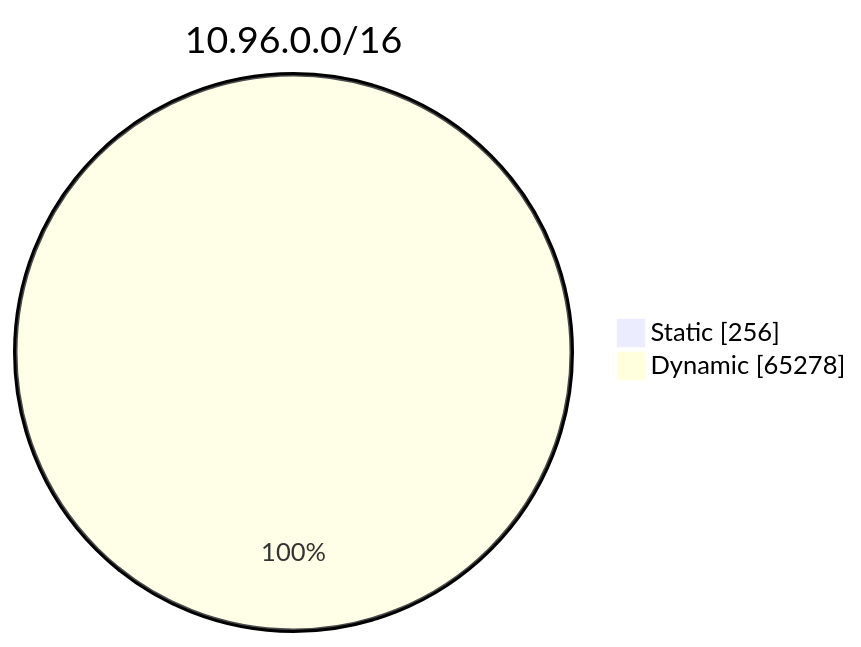
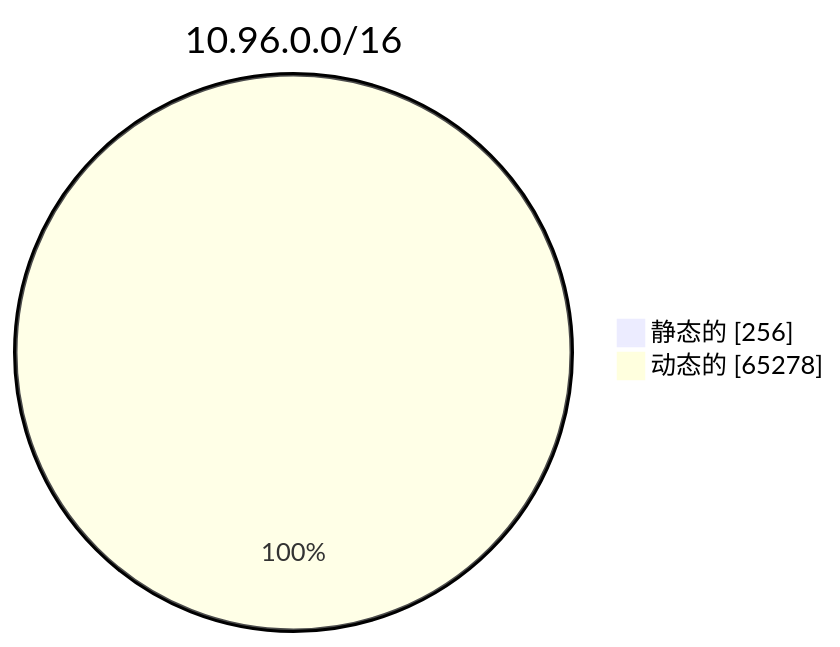
Before and after one commit to kubernetes/website: the third of 3 diagrams in content/zh-cn/docs/concepts/services-networking/cluster-ip-allocation.md, drawn with Mermaid. The commit also changed other lines of this file, not shown here.

```diff
--- a/content/zh-cn/docs/concepts/services-networking/cluster-ip-allocation.md
+++ b/content/zh-cn/docs/concepts/services-networking/cluster-ip-allocation.md
@@ -189,6 +234,6 @@
 {{< mermaid >}}
 pie showData
     title 10.96.0.0/16
-    "Static" : 256
-    "Dynamic" : 65278
+    "静态的" : 256
+    "动态的" : 65278
 {{< /mermaid >}}
```
